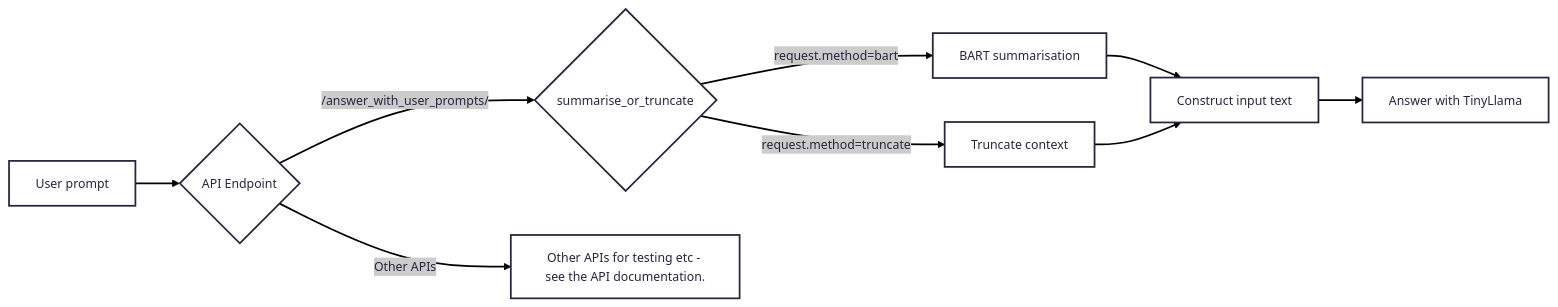
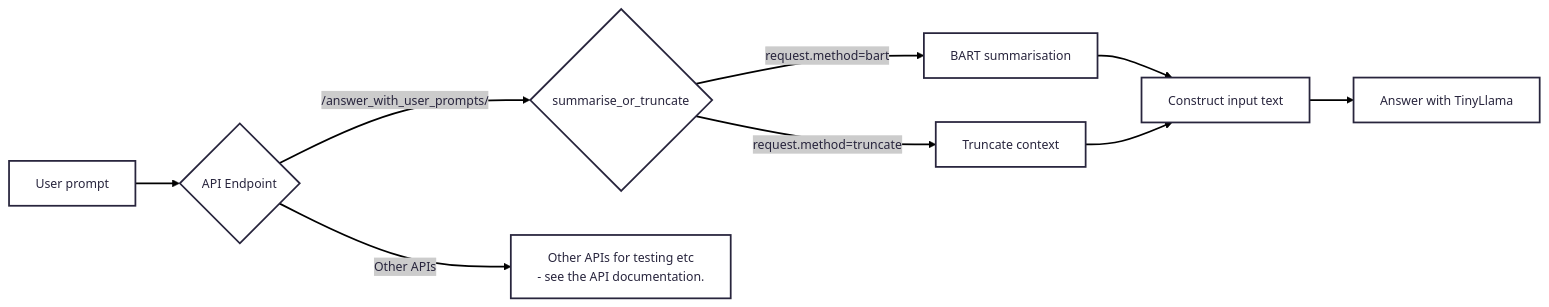
Before and after one commit to EMarc2023/zero-shot-rag-llm: the first of 2 diagrams in README.md, drawn with Mermaid.

````diff
--- a/README.md
+++ b/README.md
@@ -66,17 +66,17 @@
 ```mermaid
 ---
 config:
       theme: redux
 ---
 graph LR
     A[User prompt] --> B{API Endpoint};
 
     B -- /answer_with_user_prompts/ --> Y{summarise_or_truncate};
     Y -- request.method=bart --> Z[BART summarisation];
     Y -- request.method=truncate --> AA[Truncate context];
     Z --> AB[Construct input text];
     AA --> AB;
     AB --> AC[Answer with TinyLlama];
 
-B -- Other APIs --> AF[Other APIs for testing etc - see the API documentation.];
+B -- Other APIs --> AF[Other APIs for testing etc\n - see the API documentation.];
 ```
````
